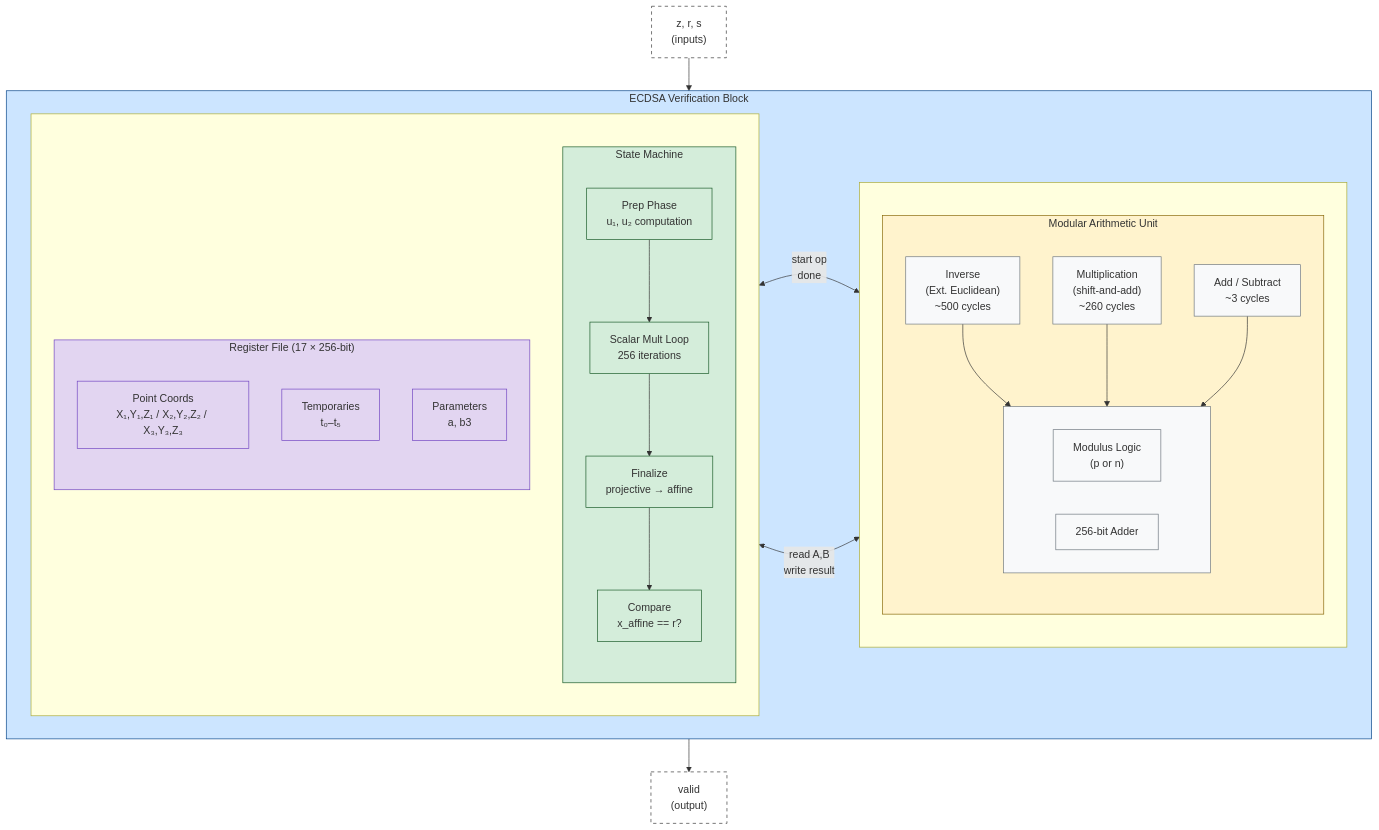
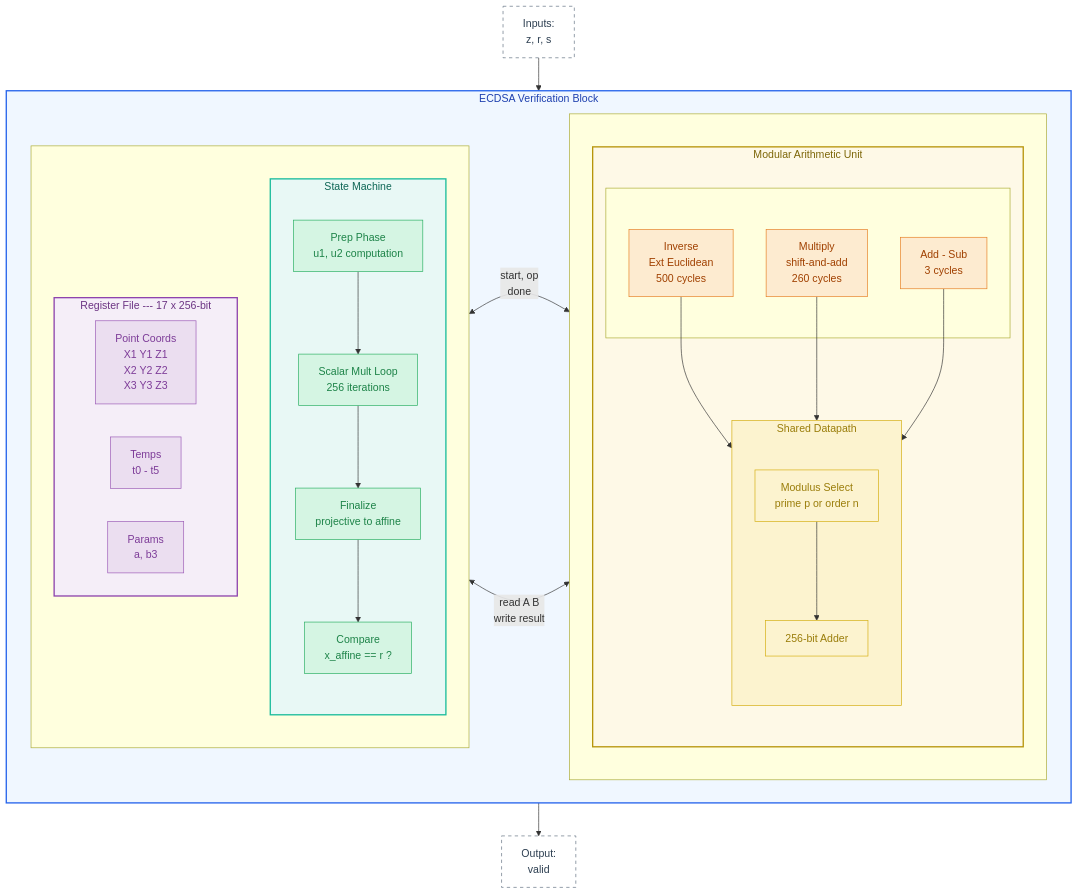
The third of 3 diagrams in README.md (JamesPetrie/off-switch), drawn with Mermaid before and after one commit.

Commit message:
changed colors and font

````diff
--- a/README.md
+++ b/README.md
@@ -276,71 +276,81 @@
 ```mermaid
 flowchart TB
     subgraph ECDSA["ECDSA Verification Block"]
         direction LR
         
         subgraph left[" "]
             direction TB
             
             subgraph SM["State Machine"]
                 direction TB
-                SM_PREP["Prep Phase<br/>u₁, u₂ computation"]
+                SM_PREP["Prep Phase<br/>u1, u2 computation"]
                 SM_LOOP["Scalar Mult Loop<br/>256 iterations"]
-                SM_FIN["Finalize<br/>projective → affine"]
-                SM_CMP["Compare<br/>x_affine == r?"]
+                SM_FIN["Finalize<br/>projective to affine"]
+                SM_CMP["Compare<br/>x_affine == r ?"]
                 
                 SM_PREP --> SM_LOOP
                 SM_LOOP --> SM_FIN
                 SM_FIN --> SM_CMP
             end
             
-            subgraph REGS["Register File (17 × 256-bit)"]
-                direction TB
-                R_PT["Point Coords<br/>X₁,Y₁,Z₁ / X₂,Y₂,Z₂ / X₃,Y₃,Z₃"]
-                R_TMP["Temporaries<br/>t₀–t₅"]
-                R_PRM["Parameters<br/>a, b3"]
+            subgraph REGS["Register File --- 17 x 256-bit"]
+                direction LR
+                R_PT["Point Coords<br/>X1 Y1 Z1<br/>X2 Y2 Z2<br/>X3 Y3 Z3"]
+                R_TMP["Temps<br/>t0 - t5"]
+                R_PRM["Params<br/>a, b3"]
             end
         end
         
         subgraph right[" "]
             direction TB
             
             subgraph ARITH["Modular Arithmetic Unit"]
                 direction TB
                 
-                INV["Inverse<br/>(Ext. Euclidean)<br/>~500 cycles"]
-                MUL["Multiplication<br/>(shift-and-add)<br/>~260 cycles"]
-                ADDSUB["Add / Subtract<br/>~3 cycles"]
+                subgraph ops[" "]
+                    direction LR
+                    INV["Inverse<br/>Ext Euclidean<br/>500 cycles"]
+                    MUL["Multiply<br/>shift-and-add<br/>260 cycles"]
+                    ADDSUB["Add - Sub<br/>3 cycles"]
+                end
                 
-                subgraph shared[" "]
-                    direction LR
-                    MOD["Modulus Logic<br/>(p or n)"]
+                subgraph shared["Shared Datapath"]
+                    direction TB
+                    MOD["Modulus Select<br/>prime p or order n"]
                     ADD256["256-bit Adder"]
+                    MOD --> ADD256
                 end
                 
                 INV --> shared
                 MUL --> shared
                 ADDSUB --> shared
             end
         end
         
-        SM <-->|"start op<br/>done"| ARITH
-        REGS <-->|"read A,B<br/>write result"| ARITH
+        SM <-->|"start, op<br/>done"| ARITH
+        REGS <-->|"read A B<br/>write result"| ARITH
     end
     
-    EXT_IN["z, r, s<br/>(inputs)"] --> ECDSA
-    ECDSA --> EXT_OUT["valid<br/>(output)"]
+    EXT_IN["Inputs:<br/>z, r, s"] --> ECDSA
+    ECDSA --> EXT_OUT["Output:<br/>valid"]
     
-    classDef ecdsa fill:#cce5ff,stroke:#004085
-    classDef arith fill:#fff3cd,stroke:#856404
-    classDef sm fill:#d4edda,stroke:#155724
-    classDef regs fill:#e2d5f1,stroke:#6f42c1
-    classDef subunit fill:#f8f9fa,stroke:#6c757d
-    classDef external fill:#fff,stroke:#333,stroke-dasharray: 5 5
+    classDef outer fill:#f0f7ff,stroke:#2563eb,stroke-width:2px,color:#1e40af
+    classDef arithbox fill:#fef9e7,stroke:#b7950b,stroke-width:2px,color:#7d6608
+    classDef smbox fill:#e8f8f5,stroke:#1abc9c,stroke-width:2px,color:#0e6655
+    classDef smnode fill:#d5f5e3,stroke:#27ae60,stroke-width:1px,color:#1d8348
+    classDef regsbox fill:#f5eef8,stroke:#8e44ad,stroke-width:2px,color:#6c3483
+    classDef regsnode fill:#ebdef0,stroke:#9b59b6,stroke-width:1px,color:#7d3c98
+    classDef subunit fill:#fdebd0,stroke:#e67e22,stroke-width:1px,color:#a04000
+    classDef sharedbox fill:#fcf3cf,stroke:#d4ac0d,stroke-width:1px,color:#9a7d0a
+    classDef external fill:#ffffff,stroke:#5d6d7e,stroke-width:1px,stroke-dasharray: 5 5,color:#2c3e50
     
-    class ECDSA ecdsa
-    class ARITH arith
-    class SM,SM_PREP,SM_LOOP,SM_FIN,SM_CMP sm
-    class REGS,R_PT,R_TMP,R_PRM regs
-    class INV,MUL,ADDSUB,MOD,ADD256,shared subunit
+    class ECDSA outer
+    class ARITH arithbox
+    class SM smbox
+    class SM_PREP,SM_LOOP,SM_FIN,SM_CMP smnode
+    class REGS regsbox
+    class R_PT,R_TMP,R_PRM regsnode
+    class INV,MUL,ADDSUB subunit
+    class shared,MOD,ADD256 sharedbox
     class EXT_IN,EXT_OUT external
 ```
````
